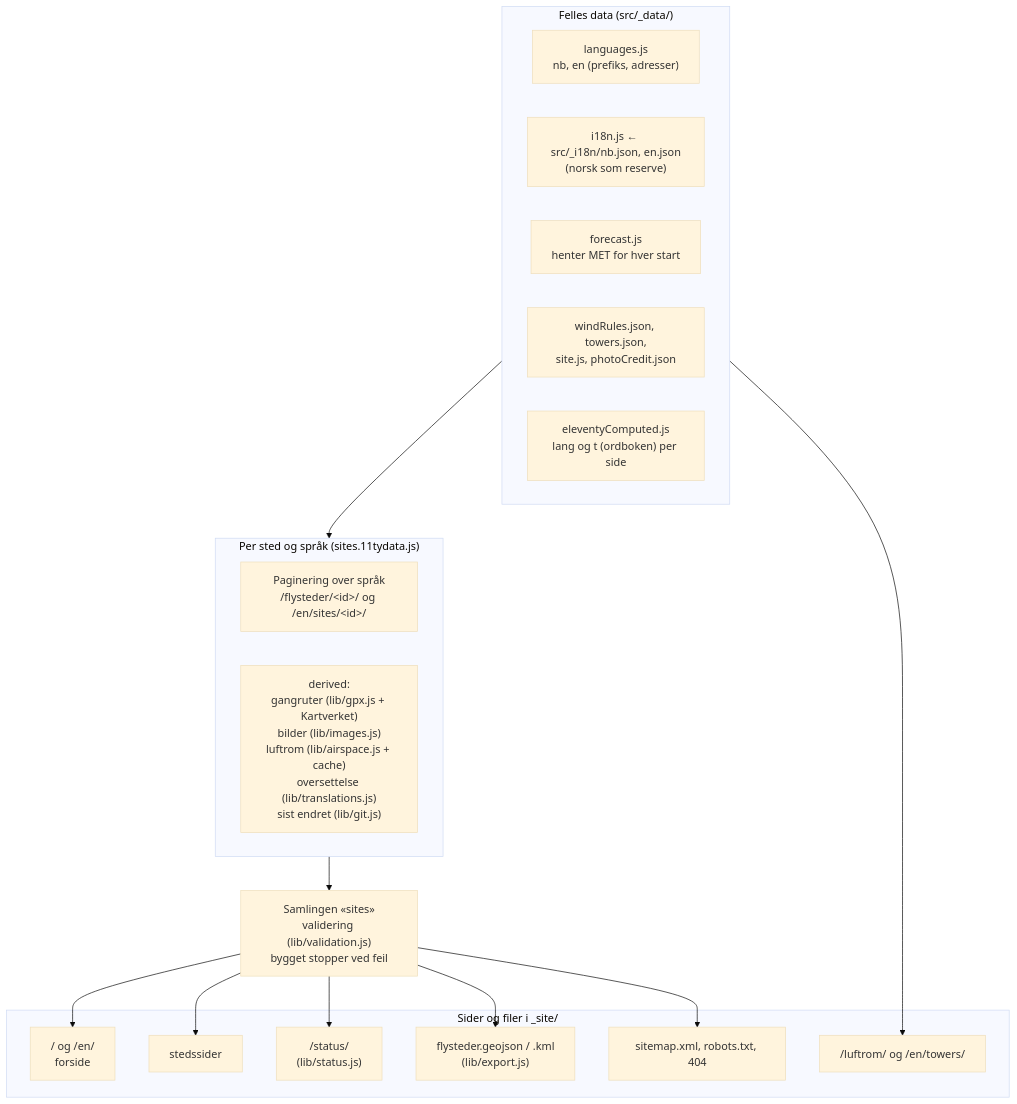
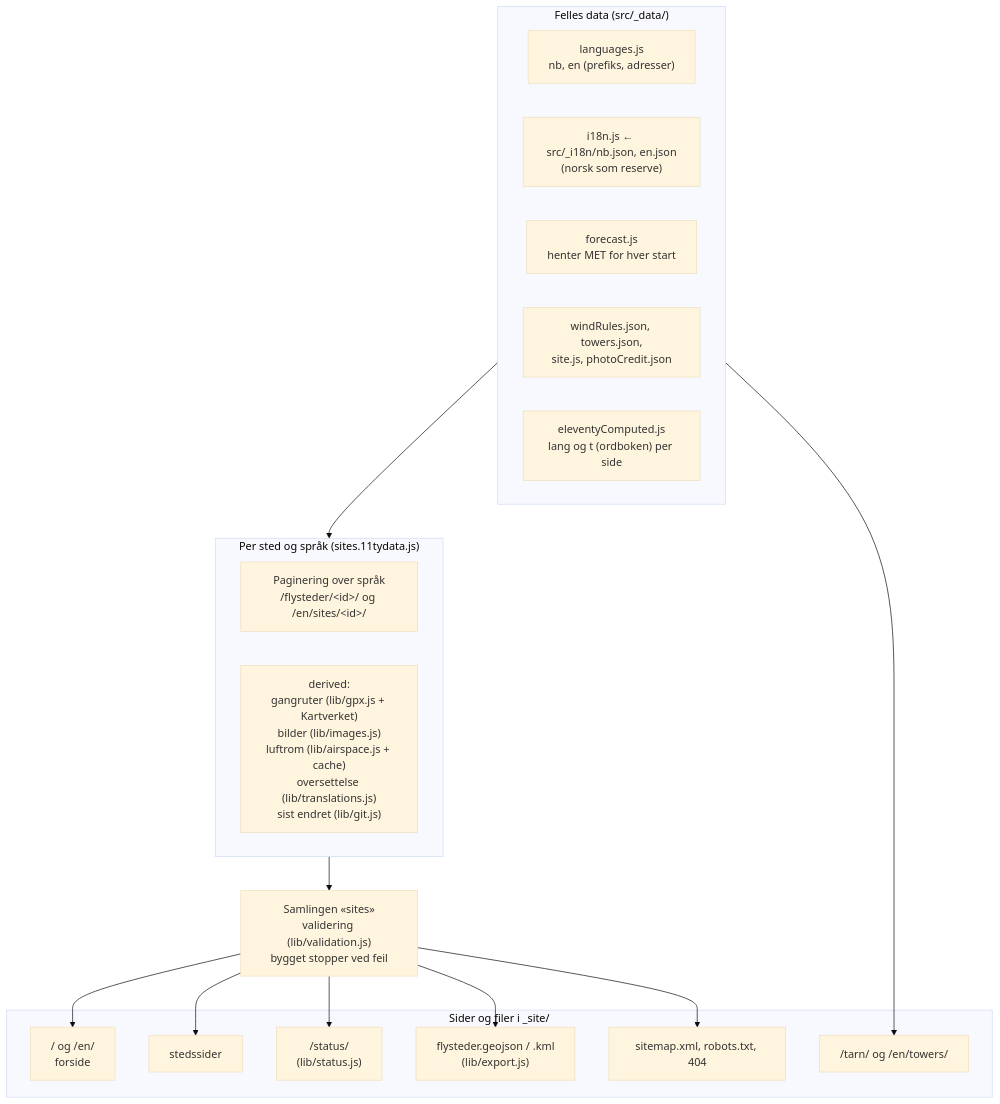
One commit to hpgt-com/flying-sites changed the second of 6 diagrams in docs/architecture.md. Above: the diagram before and after it, drawn with Mermaid (base theme). The commit also changed 9 other files, not shown here.

First line of the commit message:
Tårn-siden flyttes fra /luftrom/ til /tarn/, så adressen følger innholdet

````diff
--- a/docs/architecture.md
+++ b/docs/architecture.md
@@ -66,30 +66,30 @@
 ```mermaid
 flowchart TB
   subgraph global["Felles data (src/_data/)"]
     lang["languages.js<br/>nb, en (prefiks, adresser)"]
     i18n["i18n.js ← src/_i18n/nb.json, en.json<br/>(norsk som reserve)"]
     fc["forecast.js<br/>henter MET for hver start"]
     rules["windRules.json, towers.json,<br/>site.js, photoCredit.json"]
     comp["eleventyComputed.js<br/>lang og t (ordboken) per side"]
   end
 
   subgraph site["Per sted og språk (sites.11tydata.js)"]
     pag["Paginering over språk<br/>/flysteder/&lt;id&gt;/ og /en/sites/&lt;id&gt;/"]
     derived["derived:<br/>gangruter (lib/gpx.js + Kartverket)<br/>bilder (lib/images.js)<br/>luftrom (lib/airspace.js + cache)<br/>oversettelse (lib/translations.js)<br/>sist endret (lib/git.js)"]
   end
 
   valid["Samlingen «sites»<br/>validering (lib/validation.js)<br/>bygget stopper ved feil"]
 
   subgraph out["Sider og filer i _site/"]
     home["/ og /en/<br/>forside"]
     sitepg["stedssider"]
-    towers["/luftrom/ og /en/towers/"]
+    towers["/tarn/ og /en/towers/"]
     status["/status/<br/>(lib/status.js)"]
     exp["flysteder.geojson / .kml<br/>(lib/export.js)"]
     seo["sitemap.xml, robots.txt, 404"]
   end
 
   global --> site --> valid
   valid --> home & sitepg & status & exp & seo
   global --> towers
 ```
````
